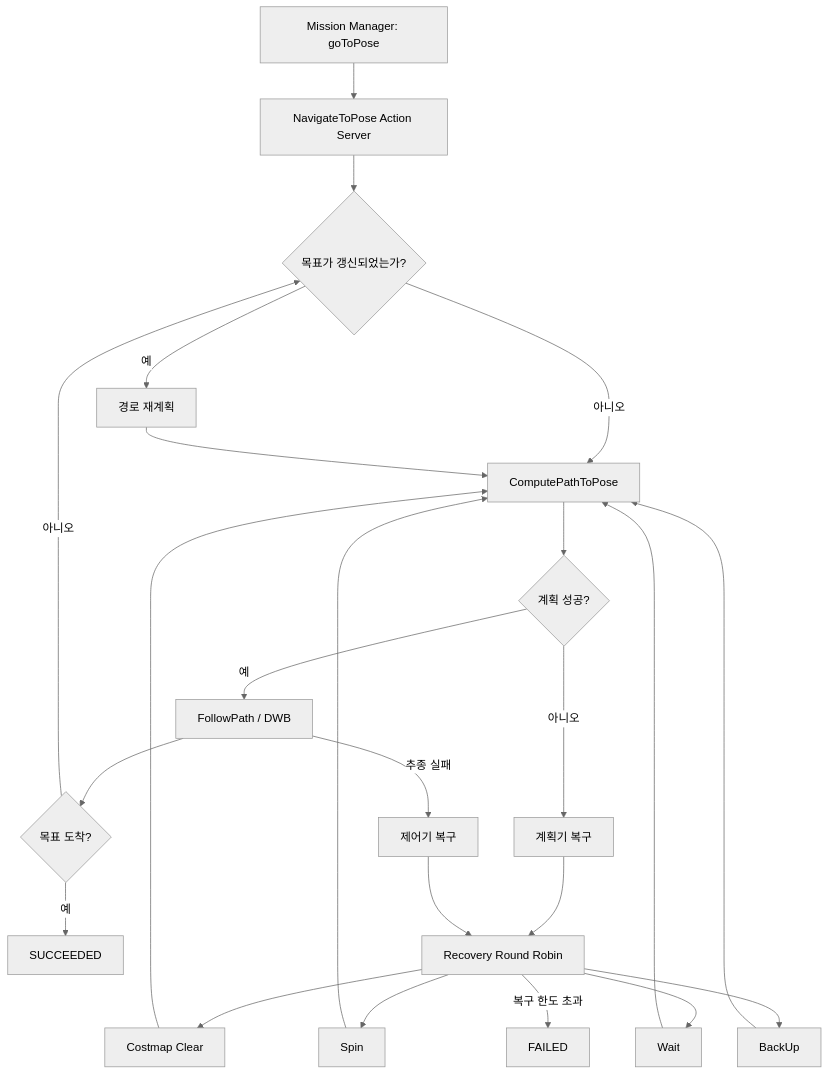
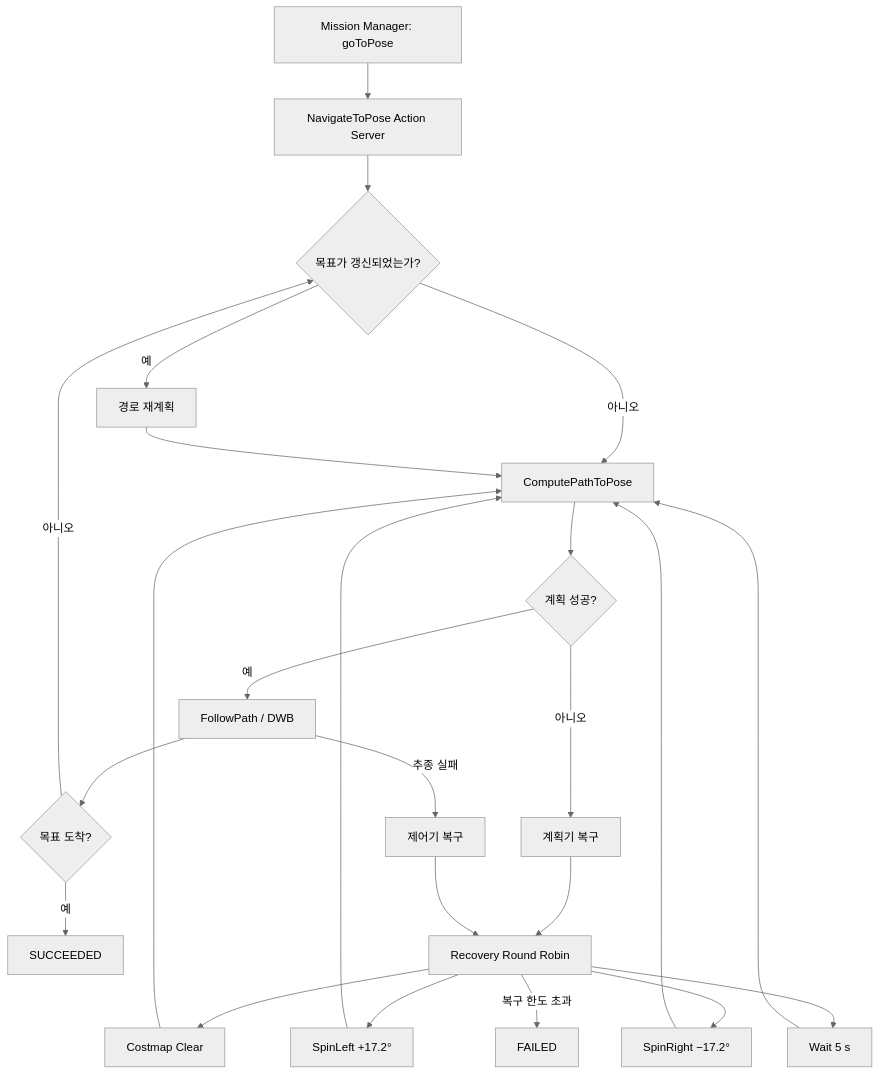
One commit to VICA-smarthandle/VICA-team-workspace changed the first of 6 diagrams in guideline/bt와 visual hierarchy of your folders and files.md. Above: the diagram before and after it, drawn with Mermaid (neutral theme). The commit also changed other lines of this file and 6 other files, not shown here.

````diff
--- a/guideline/bt와 visual hierarchy of your folders and files.md
+++ b/guideline/bt와 visual hierarchy of your folders and files.md
@@ -58,26 +95,26 @@
 ```mermaid
 flowchart TD
     A[Mission Manager: goToPose] --> B[NavigateToPose Action Server]
     B --> C{목표가 갱신되었는가?}
     C -- 예 --> D[경로 재계획]
     C -- 아니오 --> E[ComputePathToPose]
     D --> E
     E --> F{계획 성공?}
     F -- 예 --> G[FollowPath / DWB]
     G --> H{목표 도착?}
     H -- 아니오 --> C
     H -- 예 --> I[SUCCEEDED]
     F -- 아니오 --> J[계획기 복구]
     G -- 추종 실패 --> K[제어기 복구]
     J --> L[Recovery Round Robin]
     K --> L
     L --> M[Costmap Clear]
-    L --> N[Spin]
-    L --> O[Wait]
-    L --> P[BackUp]
+    L --> N["SpinLeft +17.2°"]
+    L --> O["SpinRight −17.2°"]
+    L --> P[Wait 5 s]
     M --> E
     N --> E
     O --> E
     P --> E
     L -- 복구 한도 초과 --> Q[FAILED]
 ```
````
